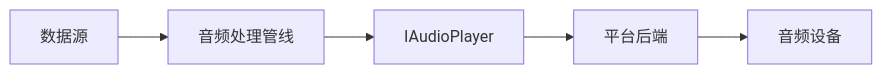
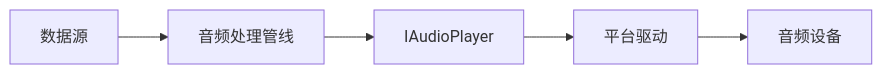
The third of 3 diagrams in Doc/DEVIO-音频设备IO.md (NewLifeX/NewLife.Audio), drawn with Mermaid before and after one commit. The commit also changed other lines of this file and 18 other files, not shown here.

````diff
--- a/Doc/DEVIO-音频设备IO.md
+++ b/Doc/DEVIO-音频设备IO.md
@@ -84,7 +84,7 @@
 ```mermaid
 flowchart LR
     Source[数据源] --> Pipeline[音频处理管线]
     Pipeline --> Player[IAudioPlayer]
-    Player --> Backend[平台后端]
-    Backend --> Device[音频设备]
+    Player --> Driver[平台驱动]
+    Driver --> Device[音频设备]
 ```
````
